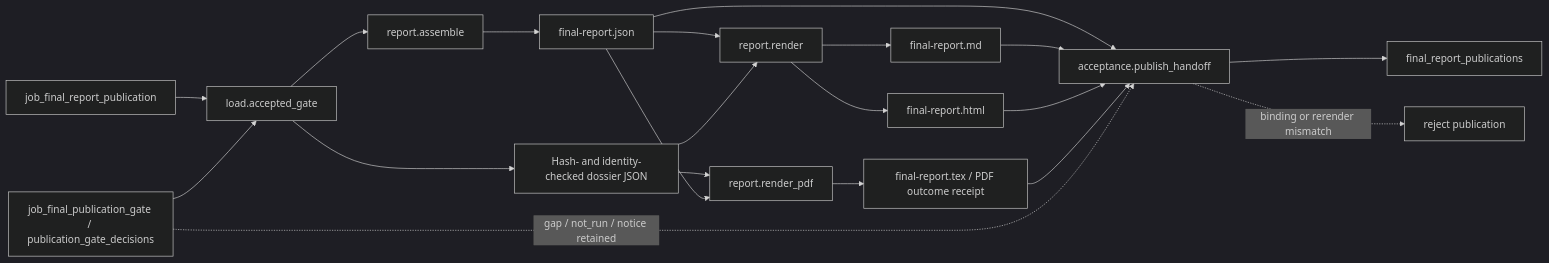
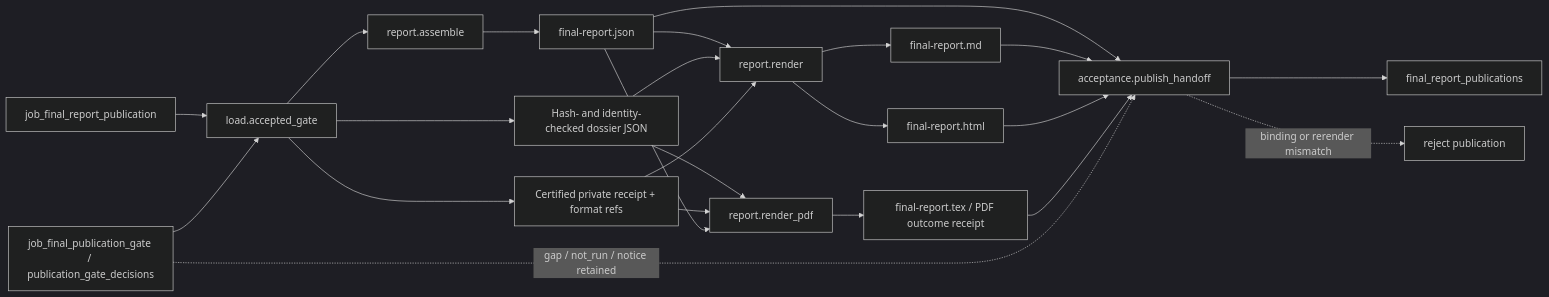
One commit to wsollers/appsec-review changed the second of 2 diagrams in docs/operations/job_final_report_publication.md. Above: the diagram before and after it, drawn with Mermaid (dark theme). The commit also changed other lines of this file and 13 other files, not shown here.

````diff
--- a/docs/operations/job_final_report_publication.md
+++ b/docs/operations/job_final_report_publication.md
@@ -163,22 +169,25 @@
 ```mermaid
 flowchart LR
   job["job_final_report_publication"] --> load["load.accepted_gate"]
   gate["job_final_publication_gate / publication_gate_decisions"] --> load
   load --> assemble["report.assemble"]
   assemble --> json["final-report.json"]
   json --> render["report.render"]
   render --> md["final-report.md"]
   load --> dossier["Hash- and identity-checked dossier JSON"]
+  load --> formats["Certified private receipt + format refs"]
   dossier --> render
+  formats --> render
   render --> html["final-report.html"]
   dossier --> pdf["report.render_pdf"]
+  formats --> pdf
   json --> pdf
   pdf --> tex["final-report.tex / PDF outcome receipt"]
   json --> accept["acceptance.publish_handoff"]
   md --> accept
   html --> accept
   tex --> accept
   accept --> out["final_report_publications"]
   gate -. "gap / not_run / notice retained" .-> accept
   accept -. "binding or rerender mismatch" .-> reject["reject publication"]
 ```
````
